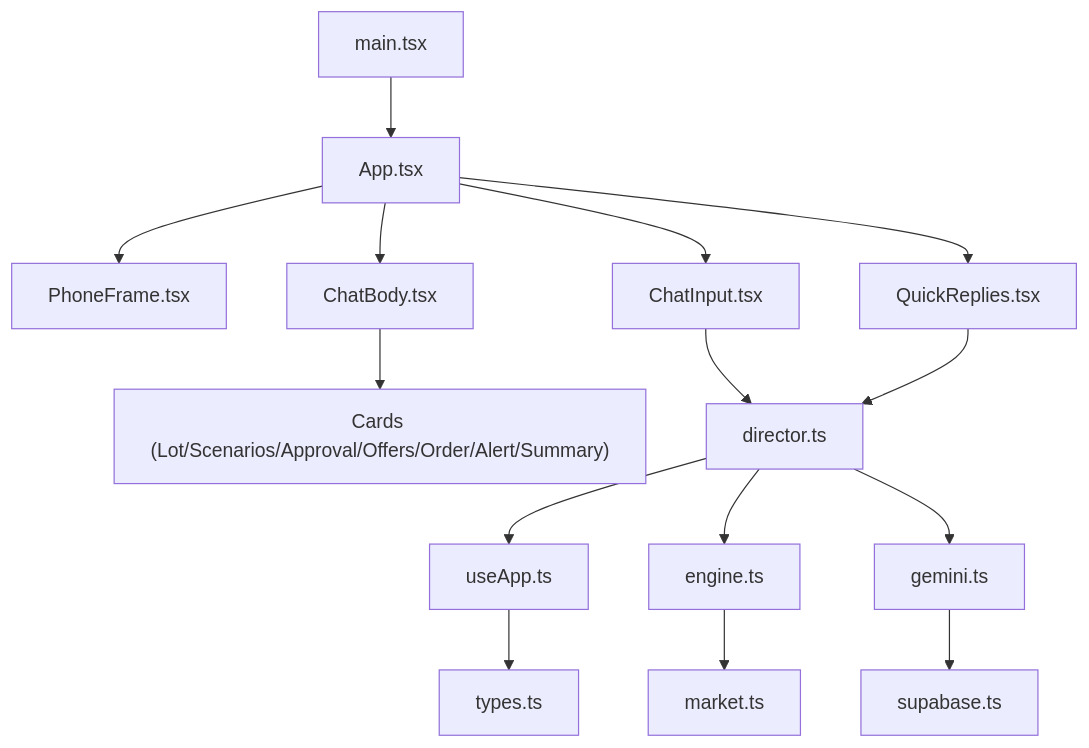
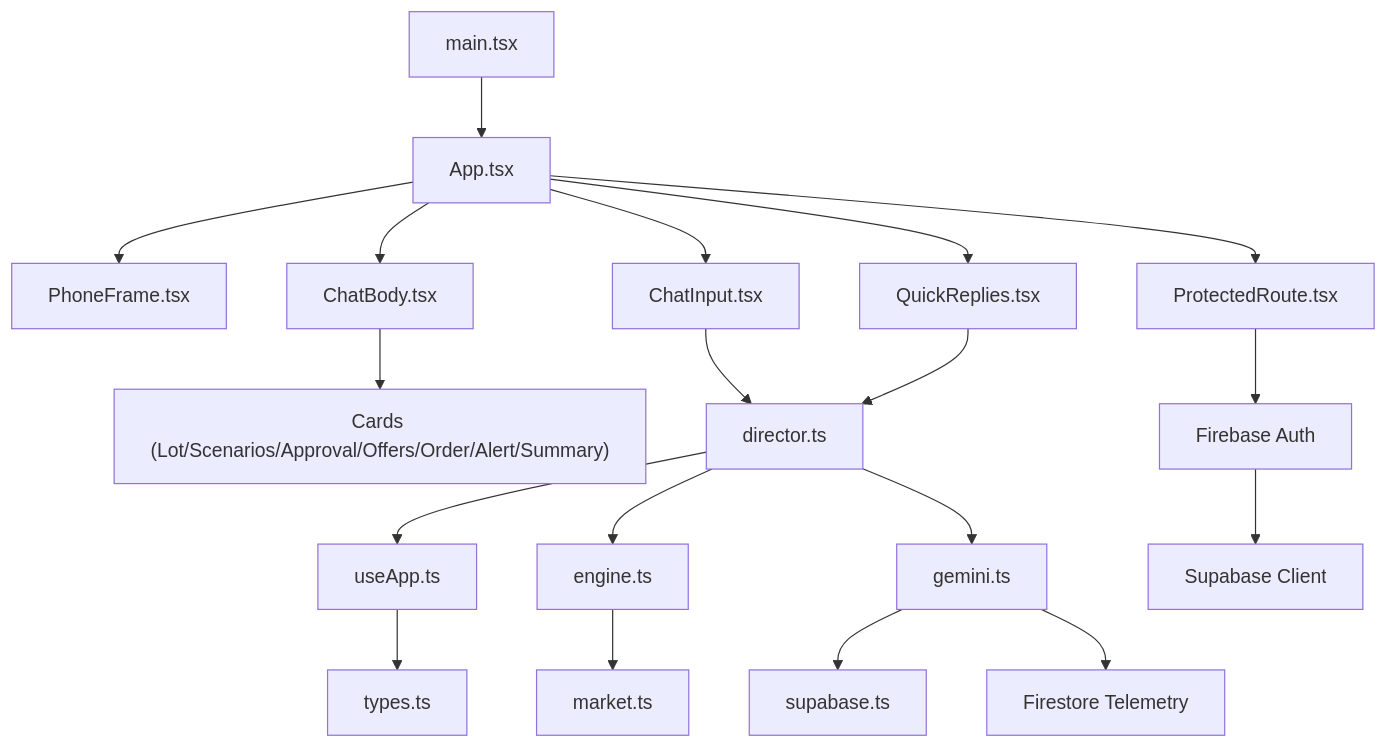
Before and after one commit to MudassarAbrar/FreshRoute-Ai: the first of 10 diagrams in .qoder/repowiki/en/content/Architecture Overview/Architecture Overview.md, drawn with Mermaid. The commit also changed other lines of this file and 10 other files, not shown here.

````diff
--- a/.qoder/repowiki/en/content/Architecture Overview/Architecture Overview.md
+++ b/.qoder/repowiki/en/content/Architecture Overview/Architecture Overview.md
@@ -51,17 +69,21 @@
 ```mermaid
 graph TB
 A["main.tsx"] --> B["App.tsx"]
 B --> C["PhoneFrame.tsx"]
 B --> D["ChatBody.tsx"]
 B --> E["ChatInput.tsx"]
 B --> F["QuickReplies.tsx"]
 D --> G["Cards (Lot/Scenarios/Approval/Offers/Order/Alert/Summary)"]
 E --> H["director.ts"]
 F --> H
 H --> I["useApp.ts"]
 H --> J["engine.ts"]
 H --> K["gemini.ts"]
 K --> L["supabase.ts"]
 J --> M["market.ts"]
 I --> N["types.ts"]
+B --> O["ProtectedRoute.tsx"]
+O --> P["Firebase Auth"]
+P --> Q["Supabase Client"]
+K --> R["Firestore Telemetry"]
 ```
````
